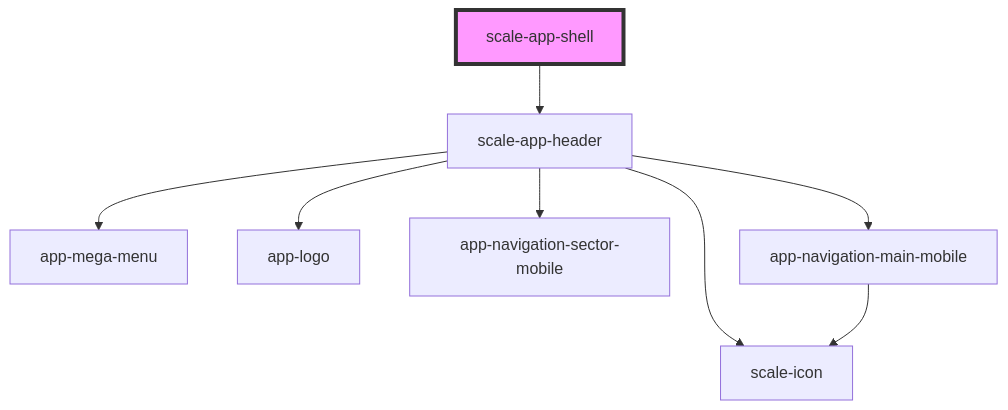
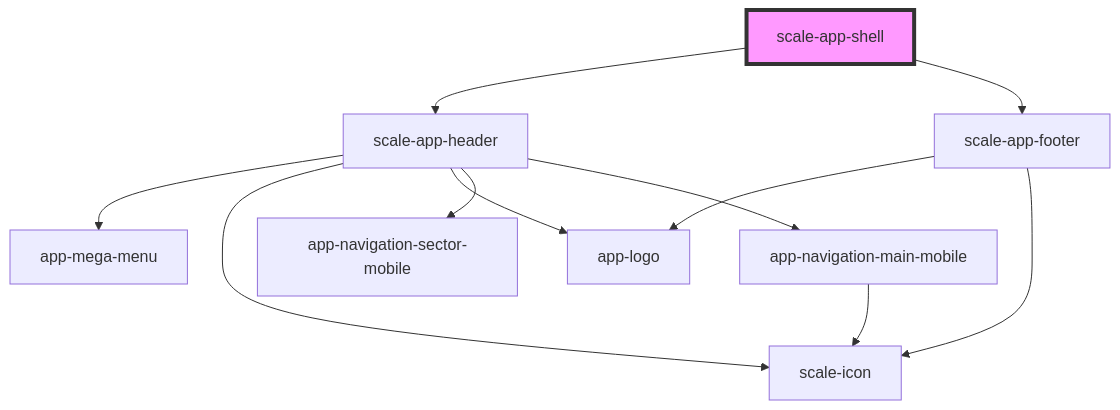
The diagram in packages/components/src/components/app-shell/readme.md (gaurishkamat/scale), drawn with Mermaid before and after one commit. The commit also changed other lines of this file and 14 other files, not shown here.

````diff
--- a/packages/components/src/components/app-shell/readme.md
+++ b/packages/components/src/components/app-shell/readme.md
@@ -31,11 +33,14 @@
 ```mermaid
 graph TD;
   scale-app-shell --> scale-app-header
+  scale-app-shell --> scale-app-footer
   scale-app-header --> app-mega-menu
   scale-app-header --> scale-icon
   scale-app-header --> app-logo
   scale-app-header --> app-navigation-sector-mobile
   scale-app-header --> app-navigation-main-mobile
   app-navigation-main-mobile --> scale-icon
+  scale-app-footer --> app-logo
+  scale-app-footer --> scale-icon
   style scale-app-shell fill:#f9f,stroke:#333,stroke-width:4px
 ```
````
